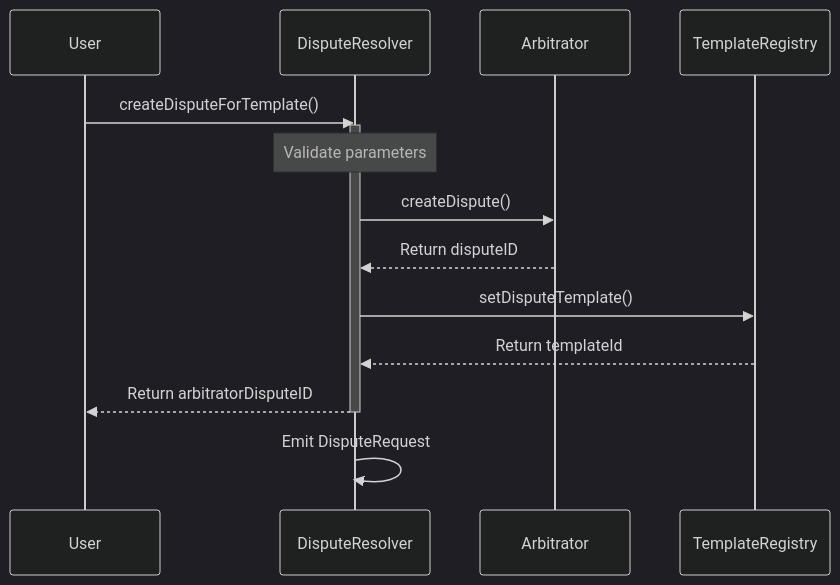
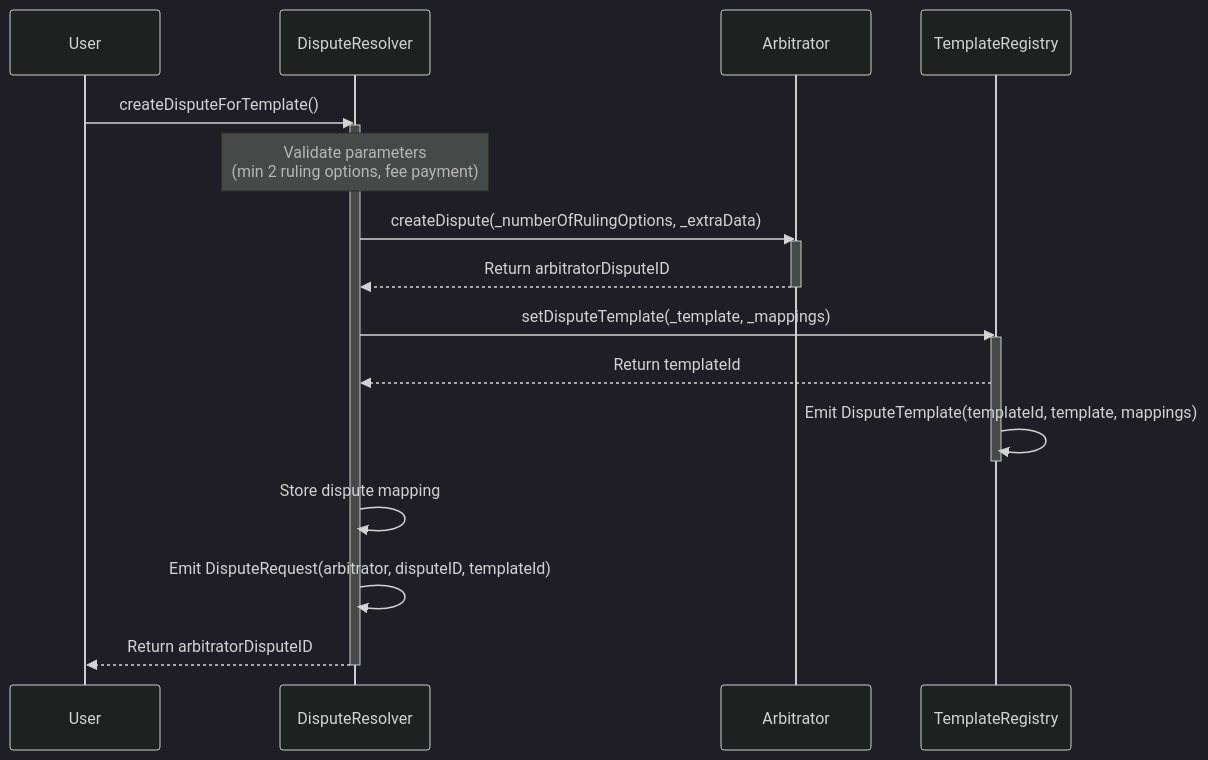
Before and after one commit to kleros/kleros-v2: the first of 2 diagrams in contracts/specifications/arbitrable.md, drawn with Mermaid (dark theme). The commit also changed other lines of this file and 11 other files, not shown here.

````diff
--- a/contracts/specifications/arbitrable.md
+++ b/contracts/specifications/arbitrable.md
@@ -216,18 +195,29 @@
 ```mermaid
 sequenceDiagram
     participant User
     participant DisputeResolver
-    participant Arbitrator
+    participant KlerosCore as Arbitrator
     participant TemplateRegistry
 
     User->>DisputeResolver: createDisputeForTemplate()
     activate DisputeResolver
-    Note over DisputeResolver: Validate parameters
-    DisputeResolver->>Arbitrator: createDispute()
-    Arbitrator-->>DisputeResolver: Return disputeID
-    DisputeResolver->>TemplateRegistry: setDisputeTemplate()
+    
+    Note over DisputeResolver: Validate parameters<br/>(min 2 ruling options, fee payment)
+    
+    DisputeResolver->>KlerosCore: createDispute(_numberOfRulingOptions, _extraData)
+    activate KlerosCore
+    KlerosCore-->>DisputeResolver: Return arbitratorDisputeID
+    deactivate KlerosCore
+    
+    DisputeResolver->>TemplateRegistry: setDisputeTemplate(_template, _mappings)
+    activate TemplateRegistry
     TemplateRegistry-->>DisputeResolver: Return templateId
+    TemplateRegistry->>TemplateRegistry: Emit DisputeTemplate(templateId, template, mappings)
+    deactivate TemplateRegistry
+    
+    DisputeResolver->>DisputeResolver: Store dispute mapping
+    DisputeResolver->>DisputeResolver: Emit DisputeRequest(arbitrator, disputeID, templateId)
+    
     DisputeResolver-->>User: Return arbitratorDisputeID
     deactivate DisputeResolver
-    DisputeResolver->>DisputeResolver: Emit DisputeRequest
 ```
````
